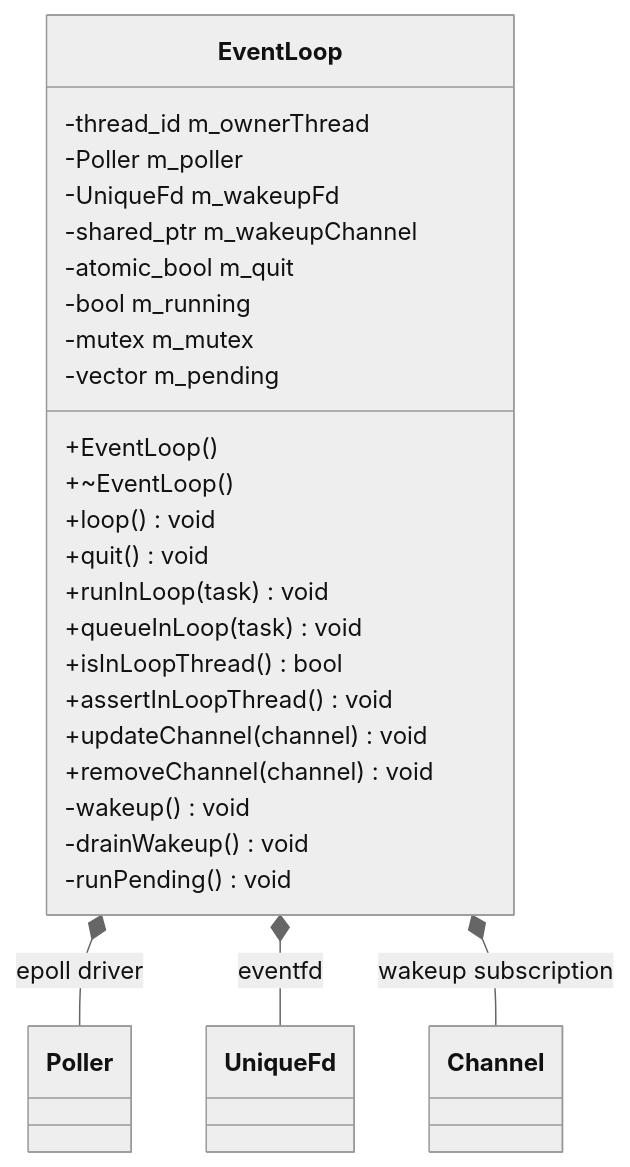
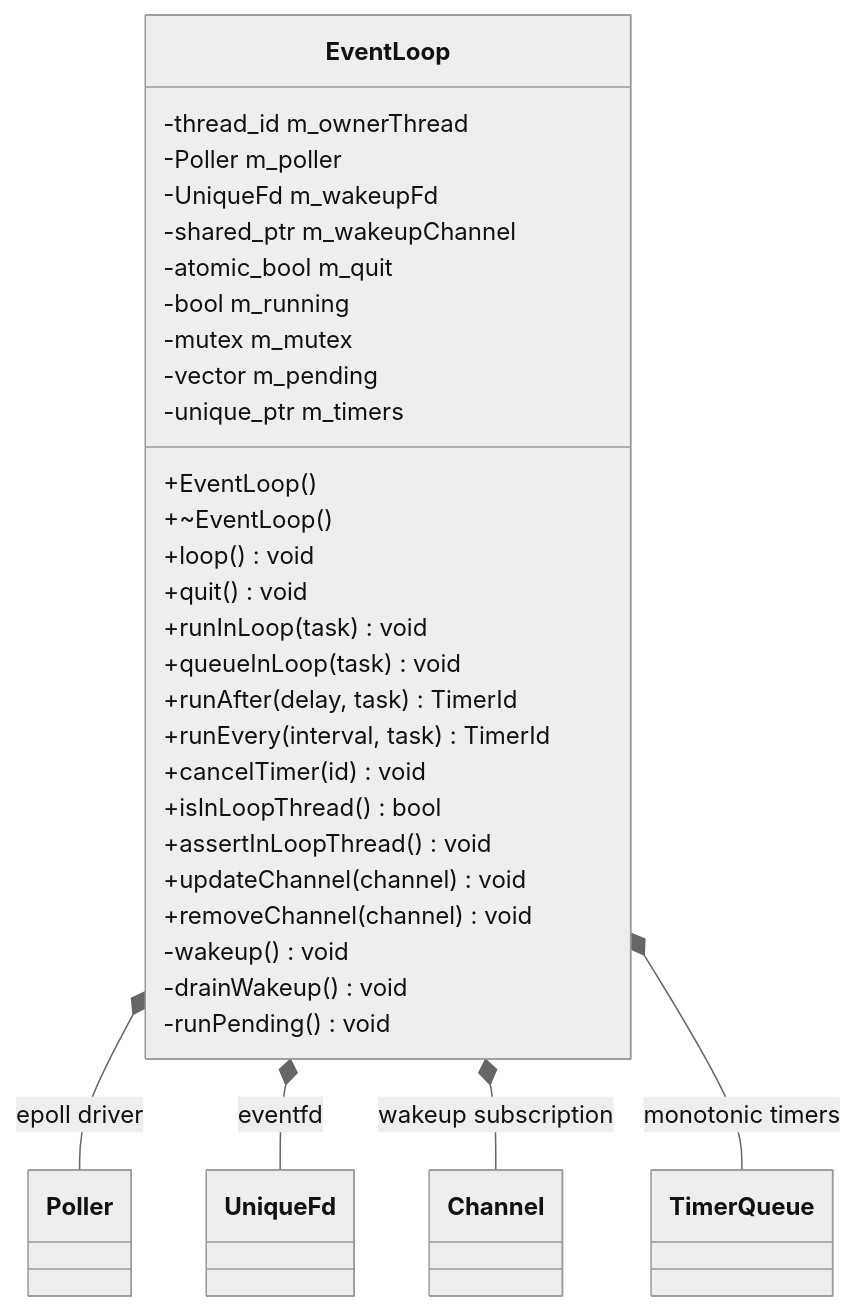
One commit to kingsman-svg/OBS changed the diagram in docs/uml/EventLoop.mmd. Above: the diagram before and after it, drawn with Mermaid (neutral theme). The commit also changed 114 other files, not shown here.

```diff
--- a/docs/uml/EventLoop.mmd
+++ b/docs/uml/EventLoop.mmd
@@ -1,27 +1,32 @@
 classDiagram
 class EventLoop {
   -thread_id m_ownerThread
   -Poller m_poller
   -UniqueFd m_wakeupFd
   -shared_ptr m_wakeupChannel
   -atomic_bool m_quit
   -bool m_running
   -mutex m_mutex
   -vector m_pending
+  -unique_ptr m_timers
   +EventLoop()
   +~EventLoop()
   +loop() void
   +quit() void
   +runInLoop(task) void
   +queueInLoop(task) void
+  +runAfter(delay, task) TimerId
+  +runEvery(interval, task) TimerId
+  +cancelTimer(id) void
   +isInLoopThread() bool
   +assertInLoopThread() void
   +updateChannel(channel) void
   +removeChannel(channel) void
   -wakeup() void
   -drainWakeup() void
   -runPending() void
 }
 EventLoop *-- Poller : epoll driver
 EventLoop *-- UniqueFd : eventfd
 EventLoop *-- Channel : wakeup subscription
+EventLoop *-- TimerQueue : monotonic timers
```
